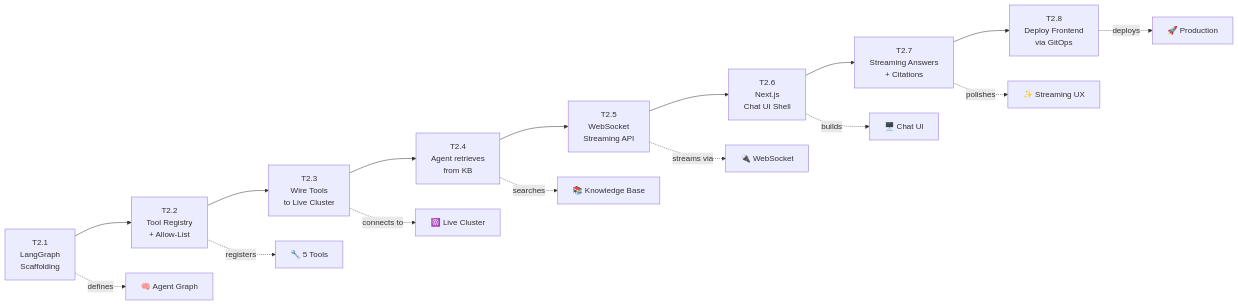
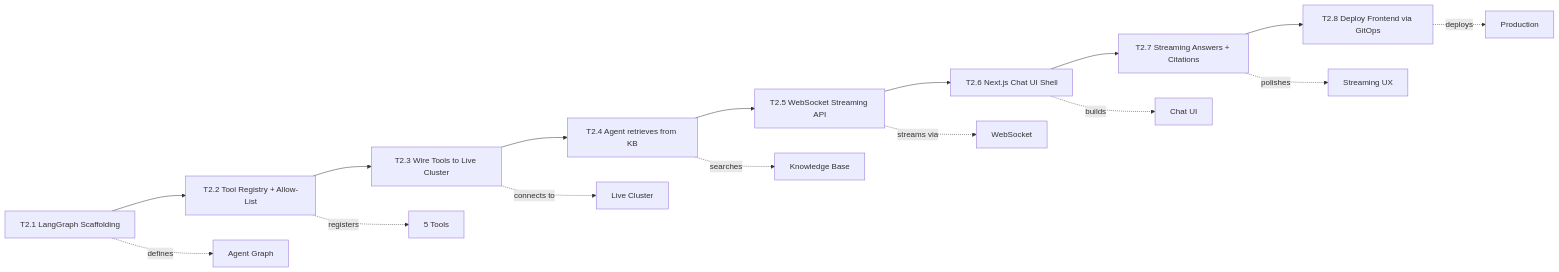
Diagram 29 of 29 in docs/PHASE2_EXPLAINED.md (yessine15/sentinel), drawn with Mermaid before and after one commit. The commit also changed other lines of this file, not shown here.

First line of the commit message:
docs: fix all mermaid v11.15.0 syntax errors in Phase 2 guide

````diff
--- a/docs/PHASE2_EXPLAINED.md
+++ b/docs/PHASE2_EXPLAINED.md
@@ -1245,19 +1233,19 @@
 ```mermaid
 flowchart LR
-    T21["T2.1<br/>LangGraph<br/>Scaffolding"] --> T22["T2.2<br/>Tool Registry<br/>+ Allow-List"]
-    T22 --> T23["T2.3<br/>Wire Tools<br/>to Live Cluster"]
-    T23 --> T24["T2.4<br/>Agent retrieves<br/>from KB"]
-    T24 --> T25["T2.5<br/>WebSocket<br/>Streaming API"]
-    T25 --> T26["T2.6<br/>Next.js<br/>Chat UI Shell"]
-    T26 --> T27["T2.7<br/>Streaming Answers<br/>+ Citations"]
-    T27 --> T28["T2.8<br/>Deploy Frontend<br/>via GitOps"]
+    T21["T2.1 LangGraph Scaffolding"] --> T22["T2.2 Tool Registry + Allow-List"]
+    T22 --> T23["T2.3 Wire Tools to Live Cluster"]
+    T23 --> T24["T2.4 Agent retrieves from KB"]
+    T24 --> T25["T2.5 WebSocket Streaming API"]
+    T25 --> T26["T2.6 Next.js Chat UI Shell"]
+    T26 --> T27["T2.7 Streaming Answers + Citations"]
+    T27 --> T28["T2.8 Deploy Frontend via GitOps"]
 
-    T21 -.->|"defines"| AGENT["🧠 Agent Graph"]
-    T22 -.->|"registers"| TOOLS["🔧 5 Tools"]
-    T23 -.->|"connects to"| CLUSTER["☸️ Live Cluster"]
-    T24 -.->|"searches"| KB["📚 Knowledge Base"]
-    T25 -.->|"streams via"| WS["🔌 WebSocket"]
-    T26 -.->|"builds"| UI["🖥️ Chat UI"]
-    T27 -.->|"polishes"| UX["✨ Streaming UX"]
-    T28 -.->|"deploys"| PROD["🚀 Production"]
+    T21 -.->|"defines"| AGENT["Agent Graph"]
+    T22 -.->|"registers"| TOOLS["5 Tools"]
+    T23 -.->|"connects to"| CLUSTER["Live Cluster"]
+    T24 -.->|"searches"| KB["Knowledge Base"]
+    T25 -.->|"streams via"| WS["WebSocket"]
+    T26 -.->|"builds"| UI["Chat UI"]
+    T27 -.->|"polishes"| UX["Streaming UX"]
+    T28 -.->|"deploys"| PROD["Production"]
 ```
````
